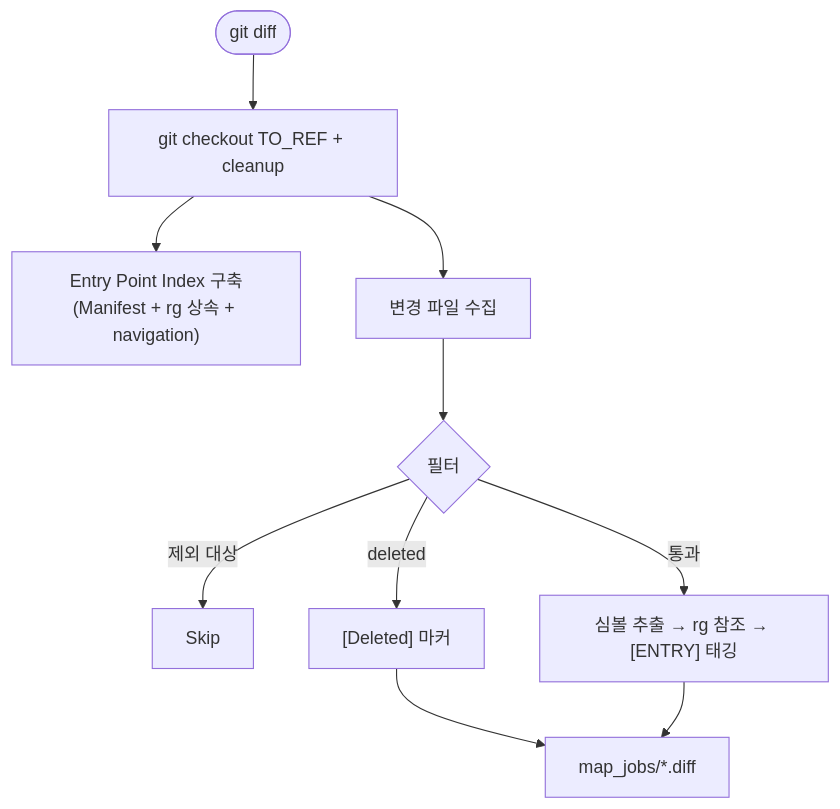
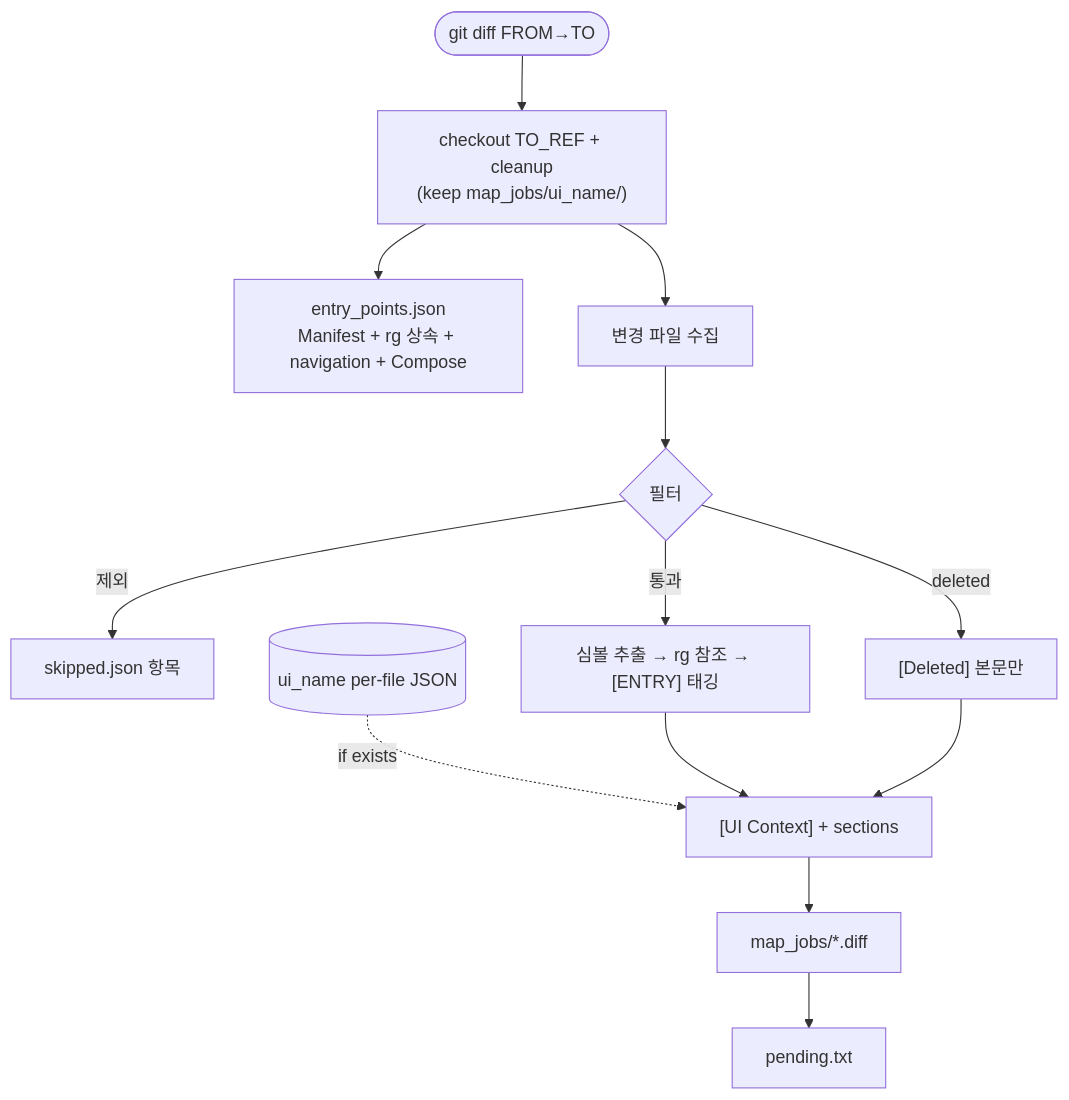
One commit to codefoundry-io/project-qa changed the third of 6 diagrams in README.md. Above: the diagram before and after it, drawn with Mermaid. The commit also changed other lines of this file and 4 other files, not shown here.

````diff
--- a/README.md
+++ b/README.md
@@ -63,13 +84,17 @@
 ```mermaid
 flowchart TD
-    START([git diff]) --> CHECKOUT[git checkout TO_REF + cleanup]
-    CHECKOUT --> INDEX["Entry Point Index 구축<br/>(Manifest + rg 상속 + navigation)"]
+    START([git diff FROM→TO]) --> CHECKOUT["checkout TO_REF + cleanup<br/>(keep map_jobs/ui_name/)"]
+    CHECKOUT --> INDEX["entry_points.json<br/>Manifest + rg 상속 + navigation + Compose"]
     CHECKOUT --> FILES[변경 파일 수집]
     FILES --> FILTER{필터}
 
-    FILTER -->|제외 대상| SKIP[Skip]
-    FILTER -->|deleted| DEL["[Deleted] 마커"]
+    FILTER -->|제외| SKIP[skipped.json 항목]
+    FILTER -->|deleted| DEL["[Deleted] 본문만"]
     FILTER -->|통과| PROCESS["심볼 추출 → rg 참조 → [ENTRY] 태깅"]
 
-    DEL & PROCESS --> DIFF["map_jobs/*.diff"]
+    UI[(ui_name per-file JSON)] -.->|if exists| ASM["[UI Context] + sections"]
+    PROCESS --> ASM
+    DEL --> ASM
+    ASM --> DIFF["map_jobs/*.diff"]
+    DIFF --> PEND[pending.txt]
 ```
````
